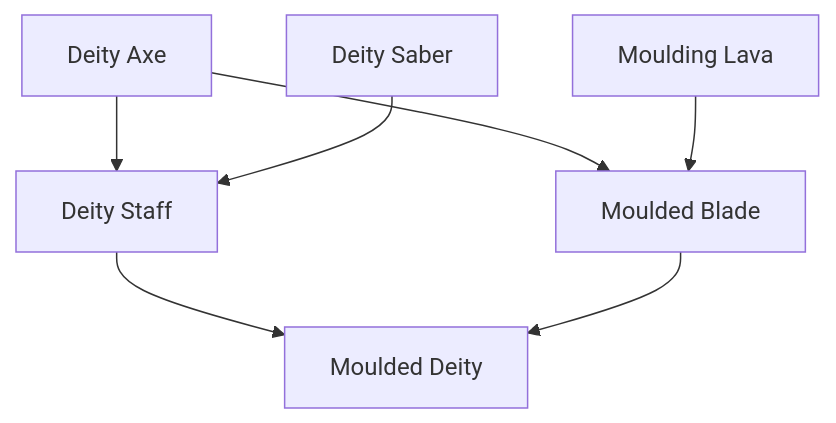
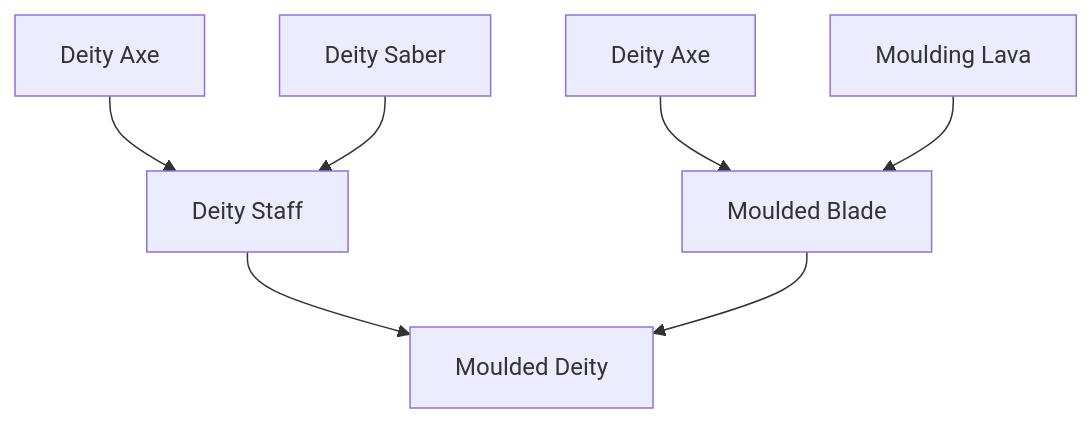
Before and after one commit to linkofdarkness/game-guides-and-utils: the ninth of 20 diagrams in games/desktop-defender/guides/Crafting.md, drawn with Mermaid.

Commit message:
fix(crafting): update deity axe references in crafting flowchart for clarity

````diff
--- a/games/desktop-defender/guides/Crafting.md
+++ b/games/desktop-defender/guides/Crafting.md
@@ -282,15 +282,16 @@
 ```mermaid
 flowchart TD
-  deity_axe["Deity Axe"]
+  deity_axe1["Deity Axe"]
+  deity_axe2["Deity Axe"]
   moulding_lava["Moulding Lava"]
   moulded_blade["Moulded Blade"]
   deity_saber["Deity Saber"]
   deity_staff["Deity Staff"]
   moulded_deity["Moulded Deity"]
-  deity_axe --> deity_staff
-  deity_axe --> moulded_blade
+  deity_axe1 --> deity_staff
+  deity_axe2 --> moulded_blade
   deity_saber --> deity_staff
   deity_staff --> moulded_deity
   moulded_blade --> moulded_deity
   moulding_lava --> moulded_blade
 ```
````
